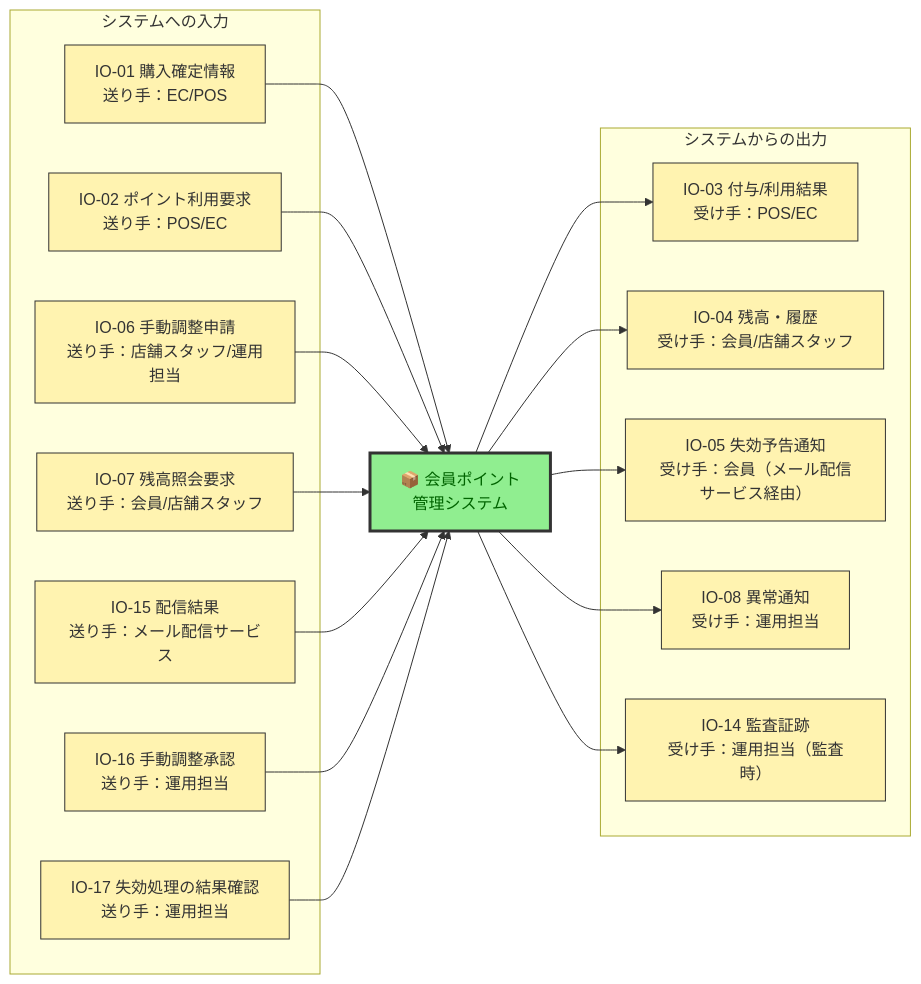
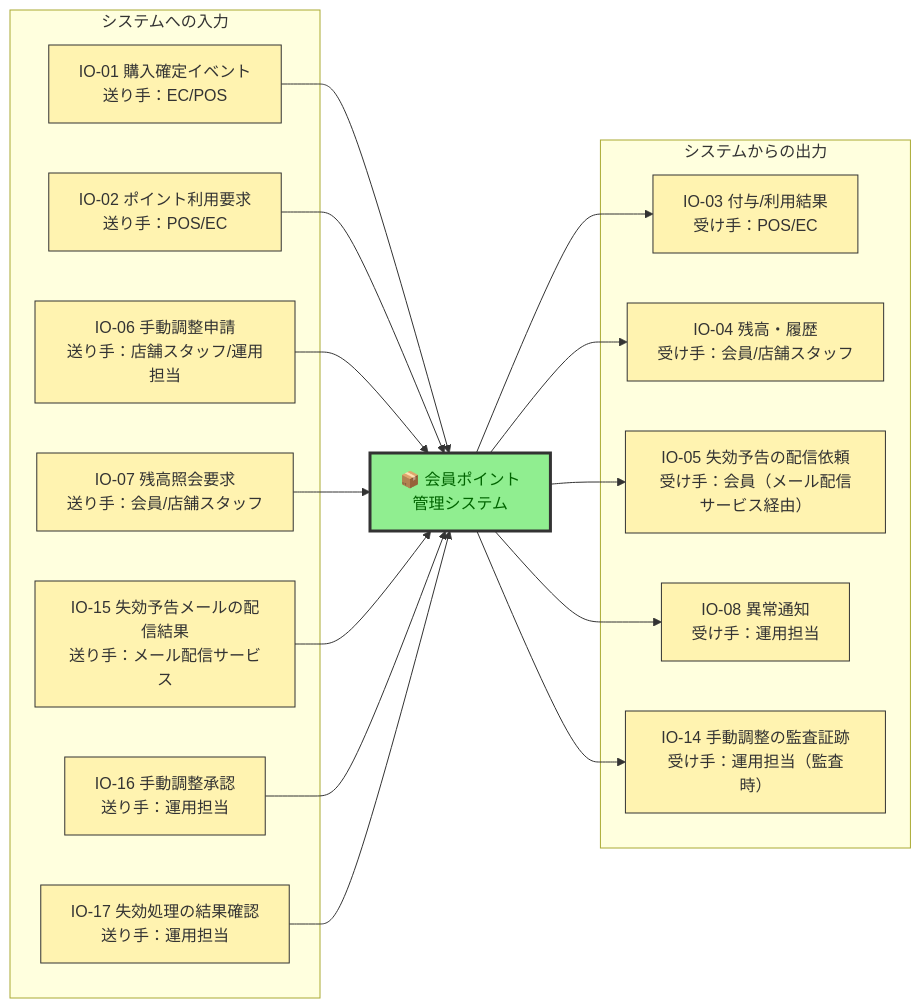
One commit to kasiopeiya/claude-dev-template changed the sixth of 13 diagrams in samples/docs/requirements.md. Above: the diagram before and after it, drawn with Mermaid. The commit also changed other lines of this file, not shown here.

````diff
--- a/samples/docs/requirements.md
+++ b/samples/docs/requirements.md
@@ -425,37 +425,37 @@
 ```mermaid
 flowchart LR
     subgraph IN["システムへの入力"]
-      i1["IO-01 購入確定情報<br/>送り手：EC/POS"]
+      i1["IO-01 購入確定イベント<br/>送り手：EC/POS"]
       i2["IO-02 ポイント利用要求<br/>送り手：POS/EC"]
       i6["IO-06 手動調整申請<br/>送り手：店舗スタッフ/運用担当"]
       i7["IO-07 残高照会要求<br/>送り手：会員/店舗スタッフ"]
-      i15["IO-15 配信結果<br/>送り手：メール配信サービス"]
+      i15["IO-15 失効予告メールの配信結果<br/>送り手：メール配信サービス"]
       i16["IO-16 手動調整承認<br/>送り手：運用担当"]
       i17["IO-17 失効処理の結果確認<br/>送り手：運用担当"]
     end
     sys["📦 会員ポイント<br/>管理システム"]
     subgraph OUT["システムからの出力"]
       o3["IO-03 付与/利用結果<br/>受け手：POS/EC"]
       o4["IO-04 残高・履歴<br/>受け手：会員/店舗スタッフ"]
-      o5["IO-05 失効予告通知<br/>受け手：会員（メール配信サービス経由）"]
+      o5["IO-05 失効予告の配信依頼<br/>受け手：会員（メール配信サービス経由）"]
       o8["IO-08 異常通知<br/>受け手：運用担当"]
-      o14["IO-14 監査証跡<br/>受け手：運用担当（監査時）"]
+      o14["IO-14 手動調整の監査証跡<br/>受け手：運用担当（監査時）"]
     end
     i1 --> sys
     i2 --> sys
     i6 --> sys
     i7 --> sys
     i15 --> sys
     i16 --> sys
     i17 --> sys
     sys --> o3
     sys --> o4
     sys --> o5
     sys --> o8
     sys --> o14
 
     classDef internal fill:#90EE90,stroke:#333,stroke-width:3px,color:darkgreen
     classDef io fill:#FFF3B0,stroke:#333,stroke-width:1px,color:#333
     class sys internal
     class i1,i2,i6,i7,i15,i16,i17,o3,o4,o5,o8,o14 io
 ```
````
